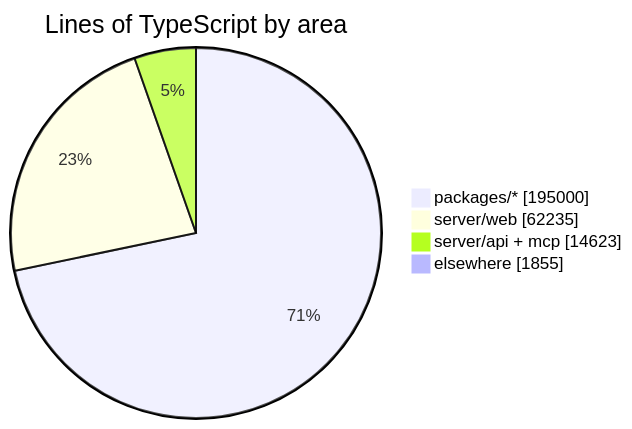
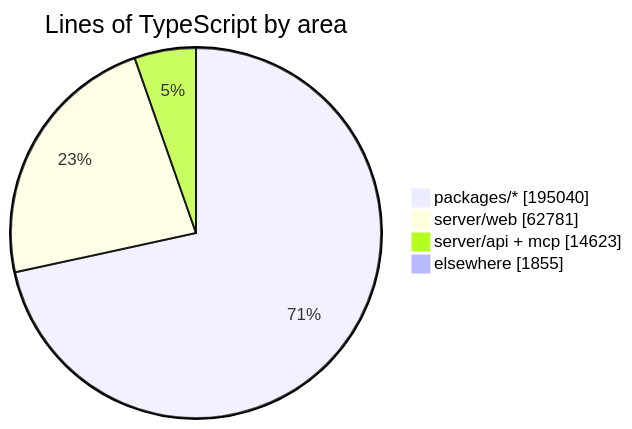
One commit to crossworks-engineering/mantle changed the diagram in README.md. Above: the diagram before and after it, drawn with Mermaid. The commit also changed other lines of this file and 2 other files, not shown here.

````diff
--- a/README.md
+++ b/README.md
@@ -287,7 +287,7 @@
 ```mermaid
 pie showData title Lines of TypeScript by area
-    "packages/*" : 195000
-    "server/web" : 62235
+    "packages/*" : 195040
+    "server/web" : 62781
     "server/api + mcp" : 14623
     "elsewhere" : 1855
 ```
````
